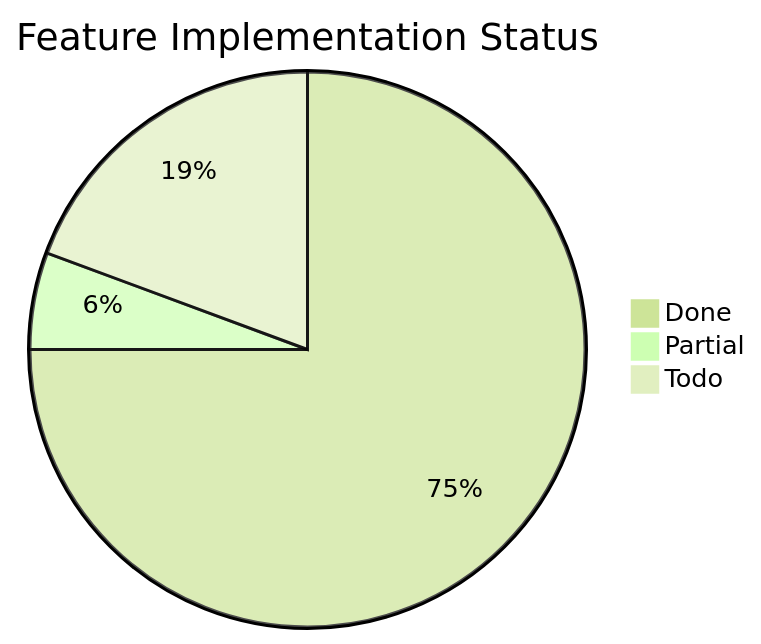
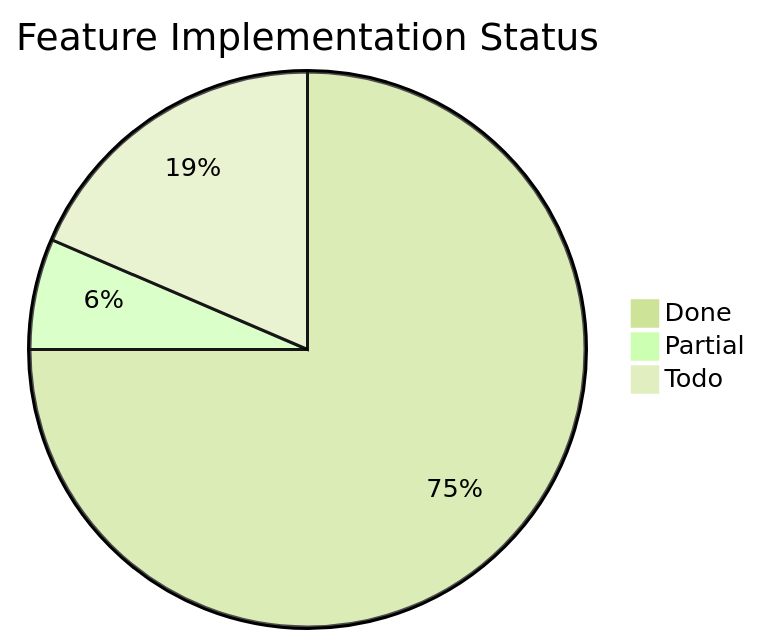
Before and after one commit to Papyrine/Morph: the third of 3 diagrams in docs/word-features.md, drawn with Mermaid (forest theme). The commit also changed other lines of this file and 19 other files, not shown here.

````diff
--- a/docs/word-features.md
+++ b/docs/word-features.md
@@ -1876,6 +1881,6 @@
 ```mermaid
 pie title Feature Implementation Status
     "Done" : 93
-    "Partial" : 7
-    "Todo" : 24
+    "Partial" : 8
+    "Todo" : 23
 ```
````
